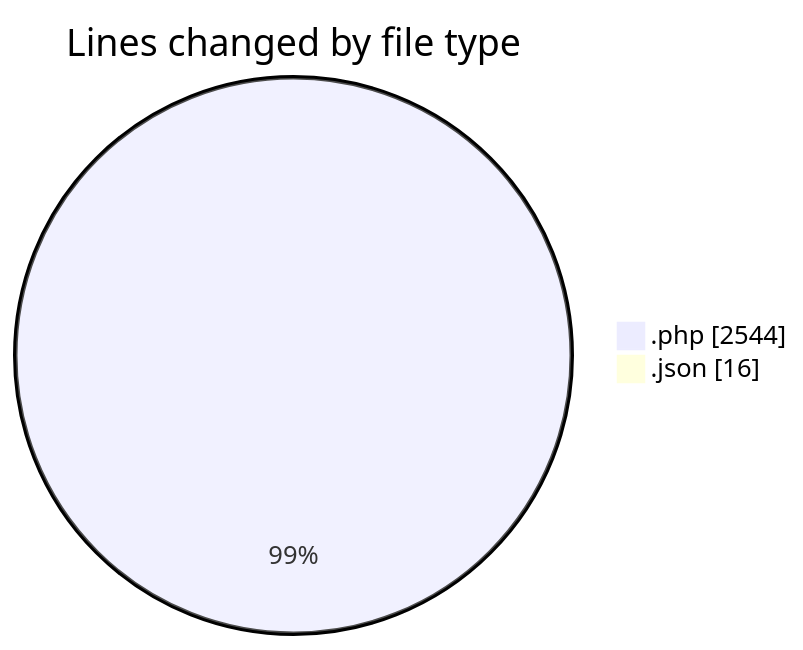
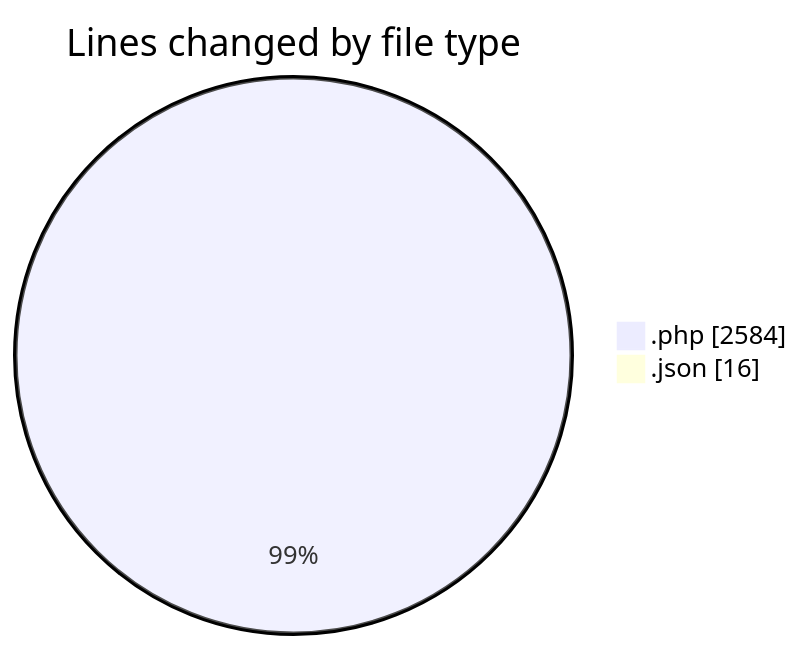
The first of 2 diagrams in 2025-10-22/untitled__workspace_/README.md (debugP/code-tracking), drawn with Mermaid before and after one commit. The commit also changed other lines of this file and 1 other file, not shown here.

````diff
--- a/2025-10-22/untitled__workspace_/README.md
+++ b/2025-10-22/untitled__workspace_/README.md
@@ -21,6 +21,6 @@
 ```mermaid
 pie showData
 title Lines changed by file type
-".php" : 2544
+".php" : 2584
 ".json" : 16
 ```
````
